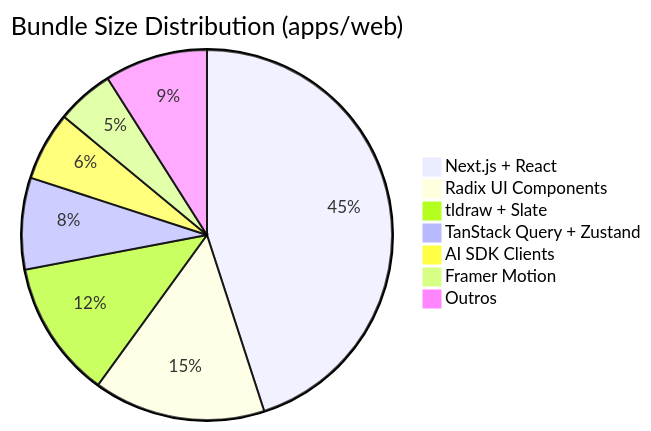
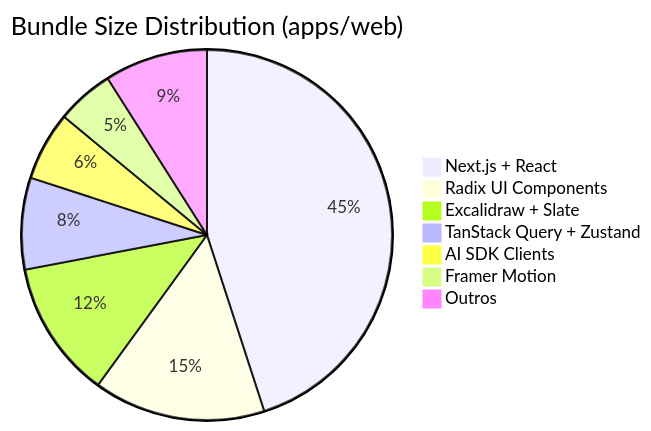
Before and after one commit to guilhermexp/kortix: the seventh of 14 diagrams in docs/ARCHITECTURE_DIAGRAMS.md, drawn with Mermaid. The commit also changed other lines of this file and 7 other files, not shown here.

````diff
--- a/docs/ARCHITECTURE_DIAGRAMS.md
+++ b/docs/ARCHITECTURE_DIAGRAMS.md
@@ -325,10 +325,10 @@
 ```mermaid
 pie title Bundle Size Distribution (apps/web)
     "Next.js + React" : 45
     "Radix UI Components" : 15
-    "tldraw + Slate" : 12
+    "Excalidraw + Slate" : 12
     "TanStack Query + Zustand" : 8
     "AI SDK Clients" : 6
     "Framer Motion" : 5
     "Outros" : 9
 ```
````
